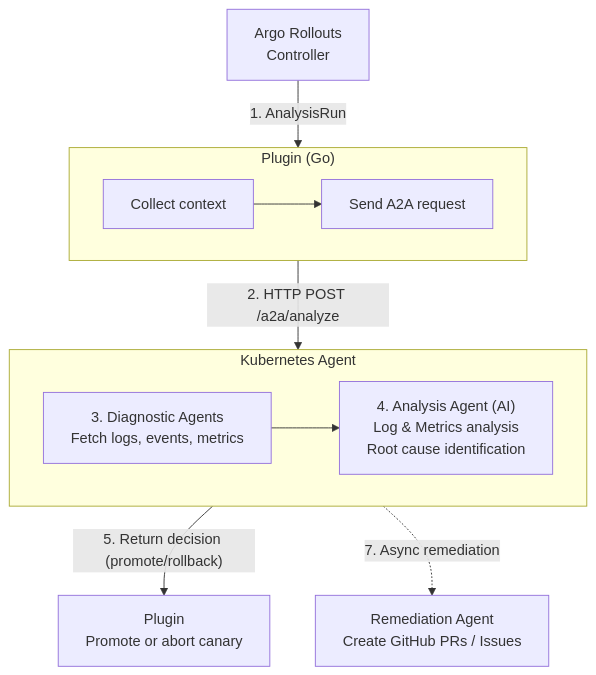
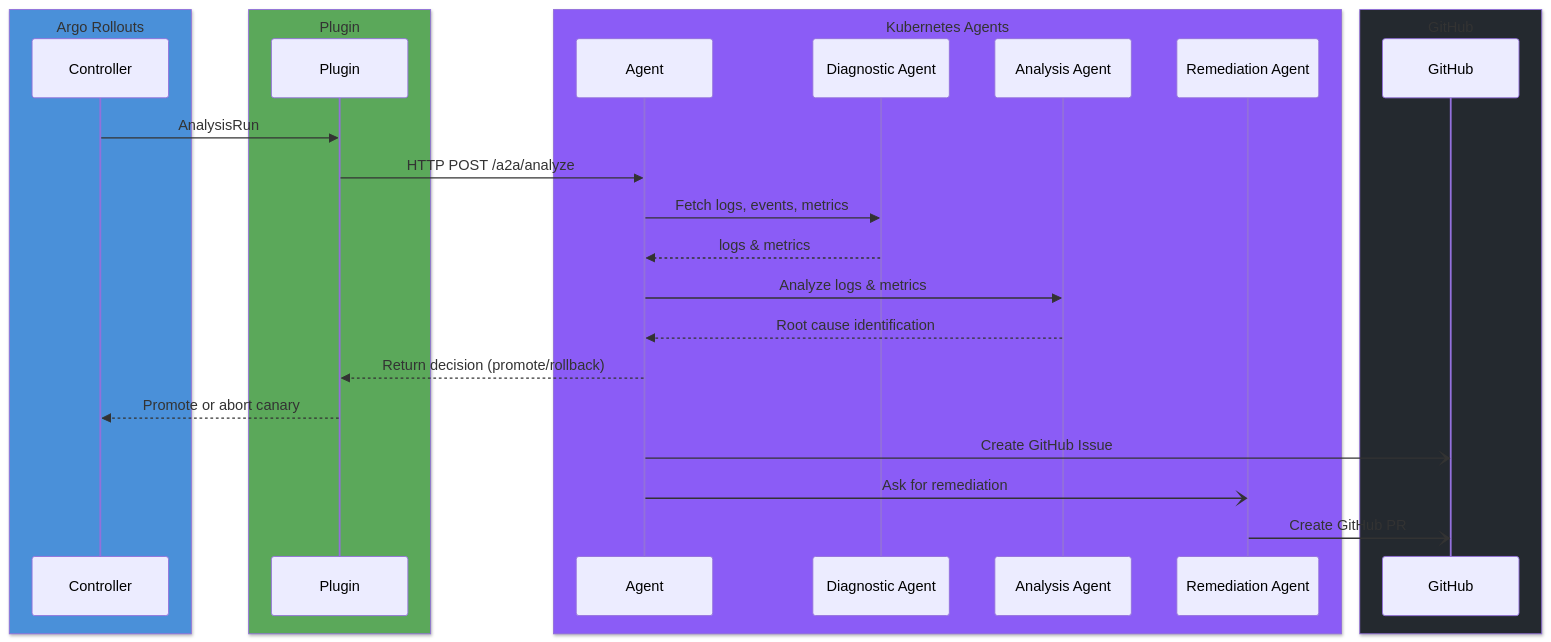
Before and after one commit to argoproj-labs/rollouts-plugin-metric-ai: the diagram in README.md, drawn with Mermaid.

Commit message:
docs: replace ASCII diagram with Mermaid sequence diagram
- Converts the architecture ASCII art to a Mermaid sequenceDiagram
- Uses box groupings with distinct colors per component (blue, green, purple, charcoal)
- Groups Kubernetes sub-agents (Diagnostic, Analysis, Remediation) in a shared purple box
- Adds GitHub as an explicit participant for issue/PR creation
- Adds DCO sign-off requirement to AGENTS.md

````diff
--- a/README.md
+++ b/README.md
@@ -88,24 +88,30 @@
 ```mermaid
-flowchart TD
-    ArgoRollouts["Argo Rollouts<br/>Controller"]
-
-    subgraph Plugin["Plugin (Go)"]
-        CollectCtx["Collect context"]
-        SendA2A["Send A2A request"]
-        CollectCtx --> SendA2A
+sequenceDiagram
+    box rgb(74,144,217) Argo Rollouts
+        participant AC as Controller
+    end
+    box rgb(91,168,90) Plugin
+        participant P as Plugin
+    end
+    box rgb(139,92,246) Kubernetes Agents
+        participant KA as Agent
+        participant DA as Diagnostic Agent
+        participant AA as Analysis Agent
+        participant RA as Remediation Agent
+    end
+    box rgb(36,41,47) GitHub
+        participant GH as GitHub
     end
 
-    subgraph KubeAgent["Kubernetes Agent"]
-        DiagAgents["3. Diagnostic Agents<br/>Fetch logs, events, metrics"]
-        AnalysisAgent["4. Analysis Agent (AI)<br/>Log & Metrics analysis<br/>Root cause identification"]
-        DiagAgents --> AnalysisAgent
-    end
-
-    Decision["Plugin<br/>Promote or abort canary"]
-    RemediationAgent["Remediation Agent<br/>Create GitHub PRs / Issues"]
-
-    ArgoRollouts -->|"1. AnalysisRun"| Plugin
-    Plugin -->|"2. HTTP POST /a2a/analyze"| KubeAgent
-    KubeAgent -->|"5. Return decision (promote/rollback)"| Decision
-    KubeAgent -.->|"7. Async remediation"| RemediationAgent
+    AC->>P: AnalysisRun
+    P->>KA: HTTP POST /a2a/analyze
+    KA->>DA: Fetch logs, events, metrics
+    DA-->>KA: logs & metrics
+    KA->>AA: Analyze logs & metrics
+    AA-->>KA: Root cause identification
+    KA-->>P: Return decision (promote/rollback)
+    P-->>AC: Promote or abort canary
+    KA-)GH: Create GitHub Issue
+    KA-)RA: Ask for remediation
+    RA-)GH: Create GitHub PR
 ```
````
